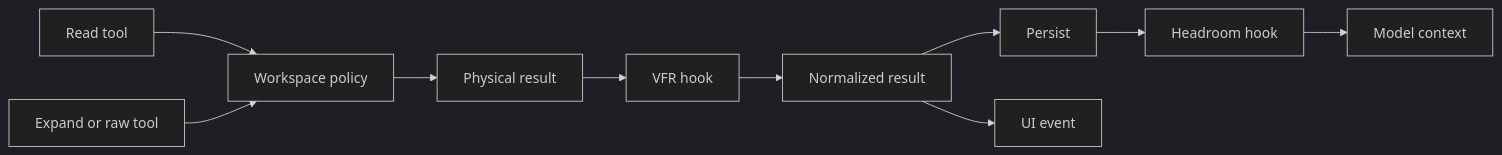
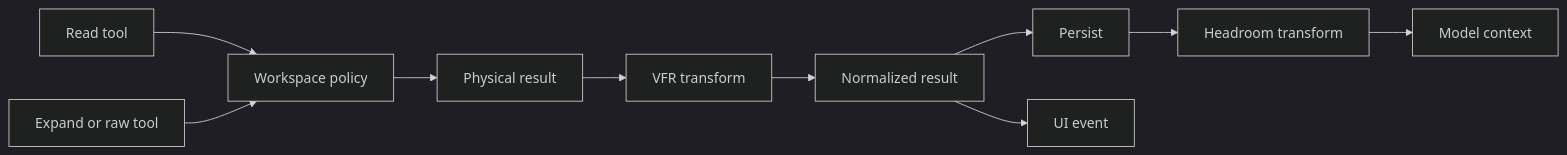
Before and after one commit to y0tsy/intention-relay: the diagram in docs/intention-relay/architecture/06-vfr-and-headroom.md, drawn with Mermaid (dark theme). The commit also changed other lines of this file and 288 other files, not shown here.

````diff
--- a/docs/intention-relay/architecture/06-vfr-and-headroom.md
+++ b/docs/intention-relay/architecture/06-vfr-and-headroom.md
@@ -11,12 +14,12 @@
 ```mermaid
 flowchart LR
   RD[Read tool] --> WS[Workspace policy]
   WS --> PH[Physical result]
-  PH --> VF[VFR hook]
+  PH --> VF[VFR transform]
   VF --> NR[Normalized result]
   NR --> PS[Persist]
-  PS --> HR[Headroom hook]
+  PS --> HR[Headroom transform]
   HR --> MC[Model context]
   NR --> UI[UI event]
   EX[Expand or raw tool] --> WS
 ```
````
